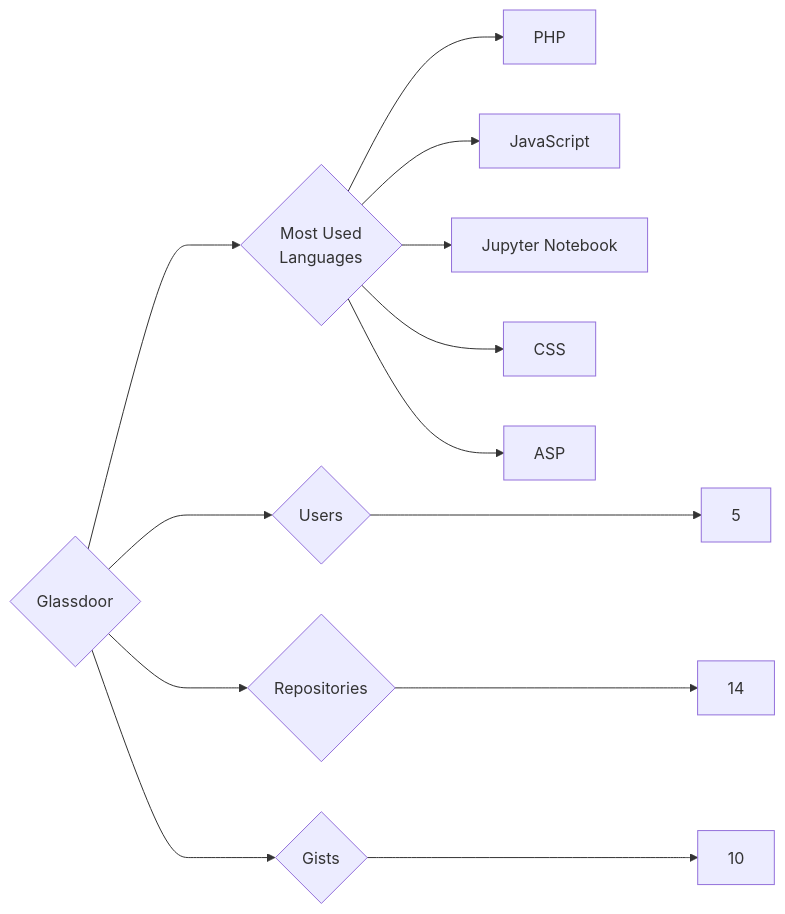
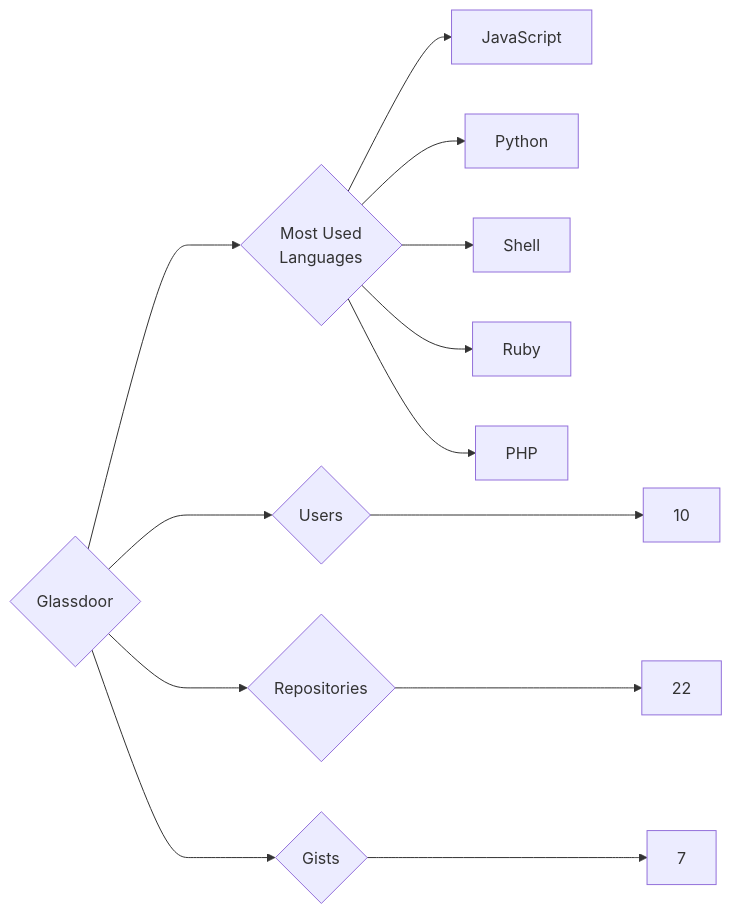
Before and after one commit to trickest/insiders: the diagram in targets/Glassdoor/README.md, drawn with Mermaid. The commit also changed 860 other files, not shown here.

````diff
--- a/targets/Glassdoor/README.md
+++ b/targets/Glassdoor/README.md
@@ -3,13 +3,13 @@
 ```mermaid
 graph LR
 COMPANY_NAME{Glassdoor}
-COMPANY_NAME ---> U{Users} ---> UN[5]
-COMPANY_NAME ---> R{Repositories} ---> RN[14]
-COMPANY_NAME ---> G{Gists} ---> GN[10]
+COMPANY_NAME ---> U{Users} ---> UN[10]
+COMPANY_NAME ---> R{Repositories} ---> RN[22]
+COMPANY_NAME ---> G{Gists} ---> GN[7]
 COMPANY_NAME ---> ML{Most Used<br>Languages}
+ML --> JavaScript[JavaScript]
+ML --> Python[Python]
+ML --> Shell[Shell]
+ML --> Ruby[Ruby]
 ML --> PHP[PHP]
-ML --> JavaScript[JavaScript]
-ML --> Jupyter_Notebook[Jupyter Notebook]
-ML --> CSS[CSS]
-ML --> ASP[ASP]
 ```
````
